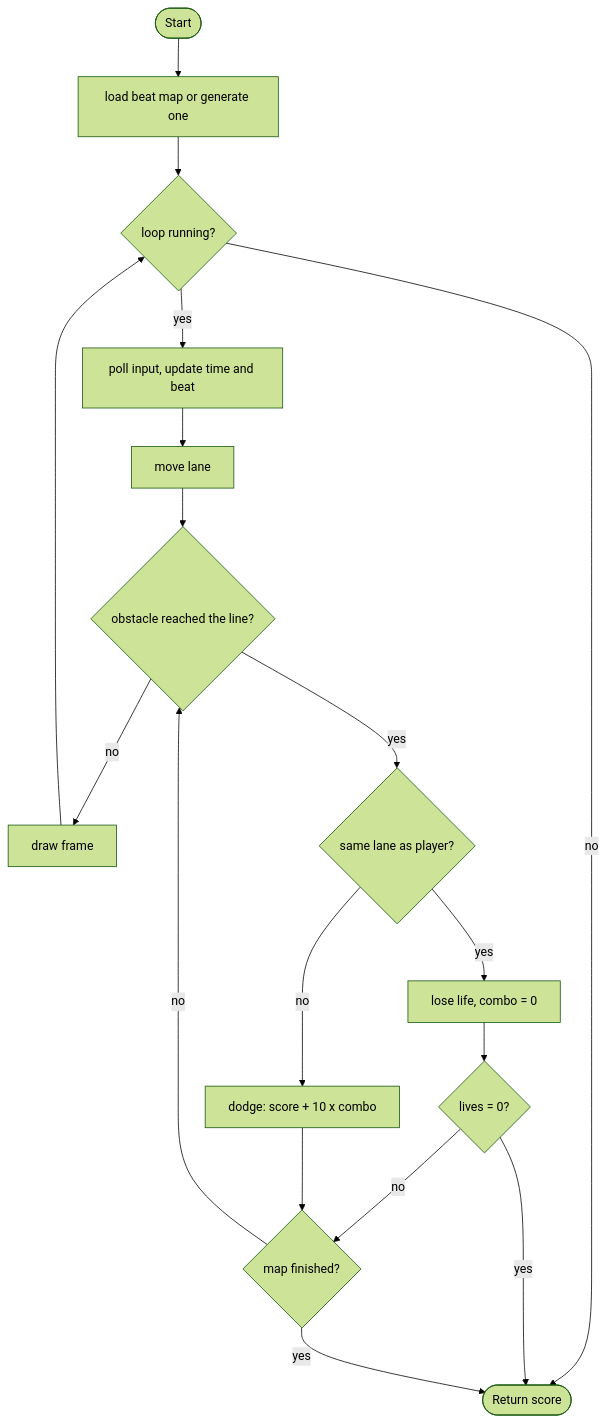
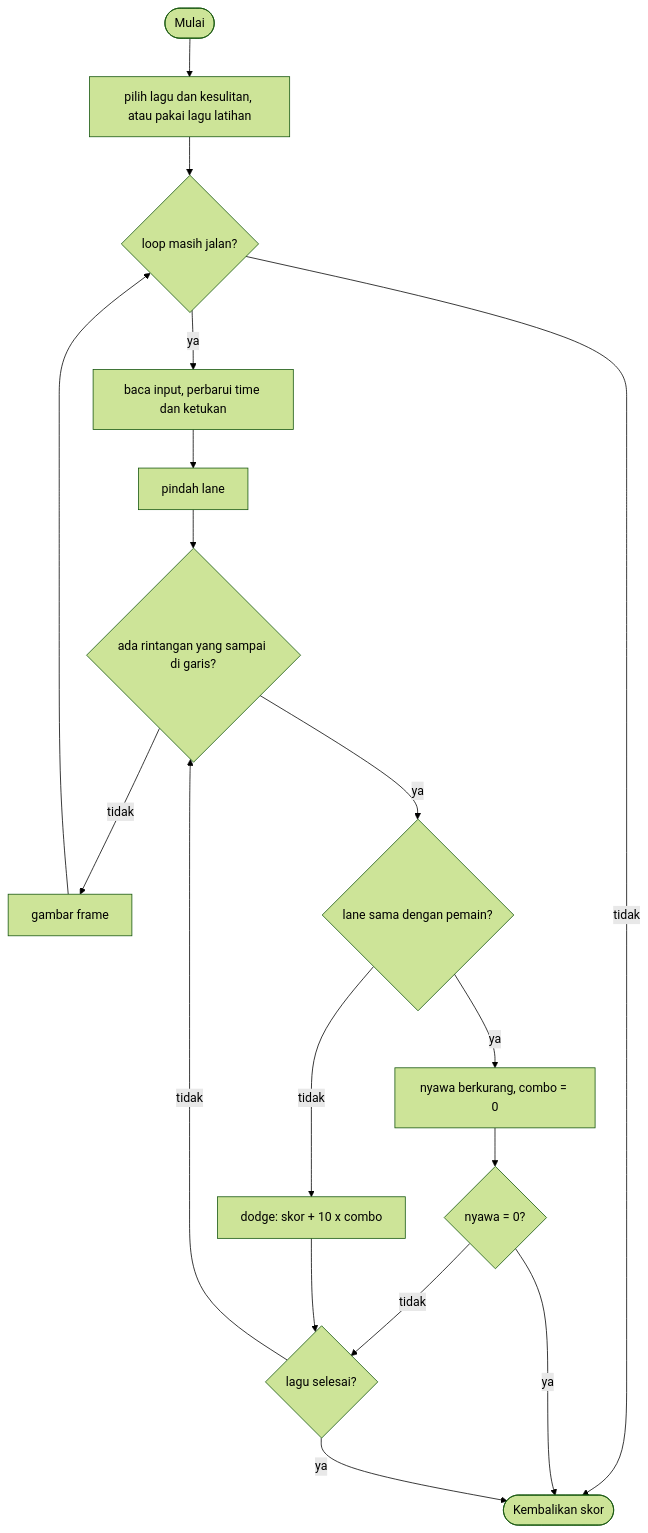
Before and after one commit to zaxx-q/arCade: the diagram in games/beat_dodge/GAME.md, drawn with Mermaid (forest theme). The commit also changed other lines of this file and 19 other files, not shown here.

````diff
--- a/games/beat_dodge/GAME.md
+++ b/games/beat_dodge/GAME.md
@@ -36,19 +328,19 @@
 ```mermaid
 flowchart TD
-    A([Start]) --> B[load beat map or generate one]
-    B --> C{loop running?}
-    C -- no --> Z([Return score])
-    C -- yes --> D[poll input, update time and beat]
-    D --> E[move lane]
-    E --> F{obstacle reached the line?}
-    F -- no --> J[draw frame] --> C
-    F -- yes --> G{same lane as player?}
-    G -- yes --> H[lose life, combo = 0]
-    G -- no --> I[dodge: score + 10 x combo]
-    H --> K{lives = 0?}
-    K -- yes --> Z
-    K -- no --> L{map finished?}
+    A([Mulai]) --> B["pilih lagu dan kesulitan, atau pakai lagu latihan"]
+    B --> C{"loop masih jalan?"}
+    C -- tidak --> Z([Kembalikan skor])
+    C -- ya --> D["baca input, perbarui time dan ketukan"]
+    D --> E["pindah lane"]
+    E --> F{"ada rintangan yang sampai di garis?"}
+    F -- tidak --> J[gambar frame] --> C
+    F -- ya --> G{"lane sama dengan pemain?"}
+    G -- ya --> H["nyawa berkurang, combo = 0"]
+    G -- tidak --> I["dodge: skor + 10 x combo"]
+    H --> K{"nyawa = 0?"}
+    K -- ya --> Z
+    K -- tidak --> L{"lagu selesai?"}
     I --> L
-    L -- yes --> Z
-    L -- no --> F
+    L -- ya --> Z
+    L -- tidak --> F
 ```
````
